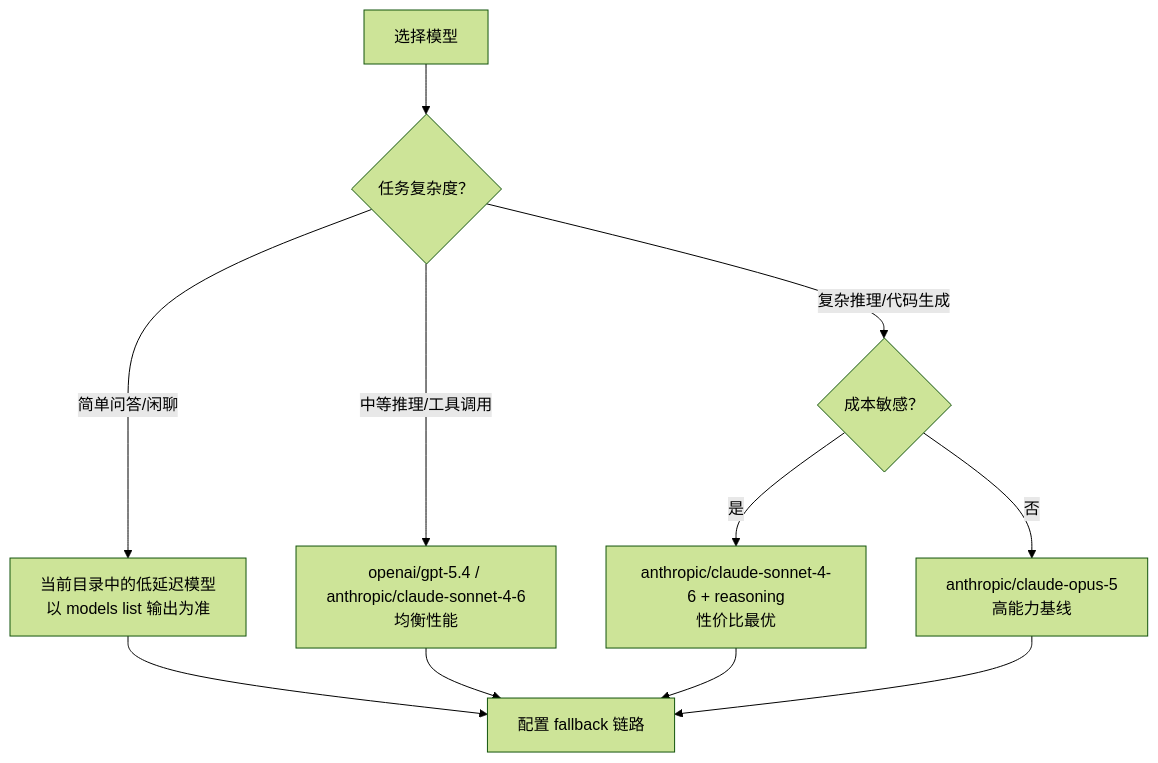
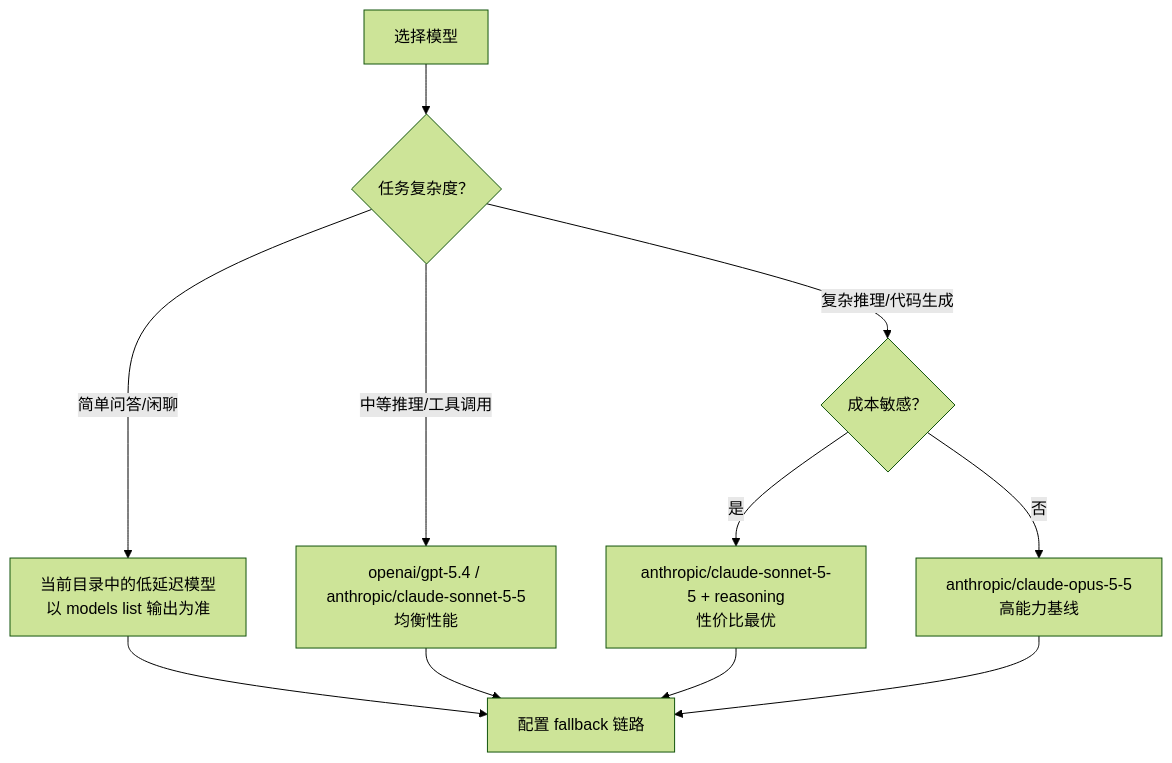
Before and after one commit to yeasy/openclaw_guide: the diagram in 04_config_models/4.3_model_selection.md, drawn with Mermaid (forest theme). The commit also changed other lines of this file and 19 other files, not shown here.

````diff
--- a/04_config_models/4.3_model_selection.md
+++ b/04_config_models/4.3_model_selection.md
@@ -30,13 +30,13 @@
 ```mermaid
 flowchart TD
     Start["选择模型"] --> Q1{"任务复杂度？"}
     Q1 -->|"简单问答/闲聊"| M1["当前目录中的低延迟模型<br/>以 models list 输出为准"]
-    Q1 -->|"中等推理/工具调用"| M2["openai/gpt-5.4 / anthropic/claude-sonnet-4-6<br/>均衡性能"]
+    Q1 -->|"中等推理/工具调用"| M2["openai/gpt-5.4 / anthropic/claude-sonnet-5-5<br/>均衡性能"]
     Q1 -->|"复杂推理/代码生成"| Q2{"成本敏感？"}
-    Q2 -->|"是"| M3["anthropic/claude-sonnet-4-6 + reasoning<br/>性价比最优"]
-    Q2 -->|"否"| M4["anthropic/claude-opus-5<br/>高能力基线"]
+    Q2 -->|"是"| M3["anthropic/claude-sonnet-5-5 + reasoning<br/>性价比最优"]
+    Q2 -->|"否"| M4["anthropic/claude-opus-5-5<br/>高能力基线"]
     M1 --> FB["配置 fallback 链路"]
     M2 --> FB
     M3 --> FB
     M4 --> FB
 ```
````
